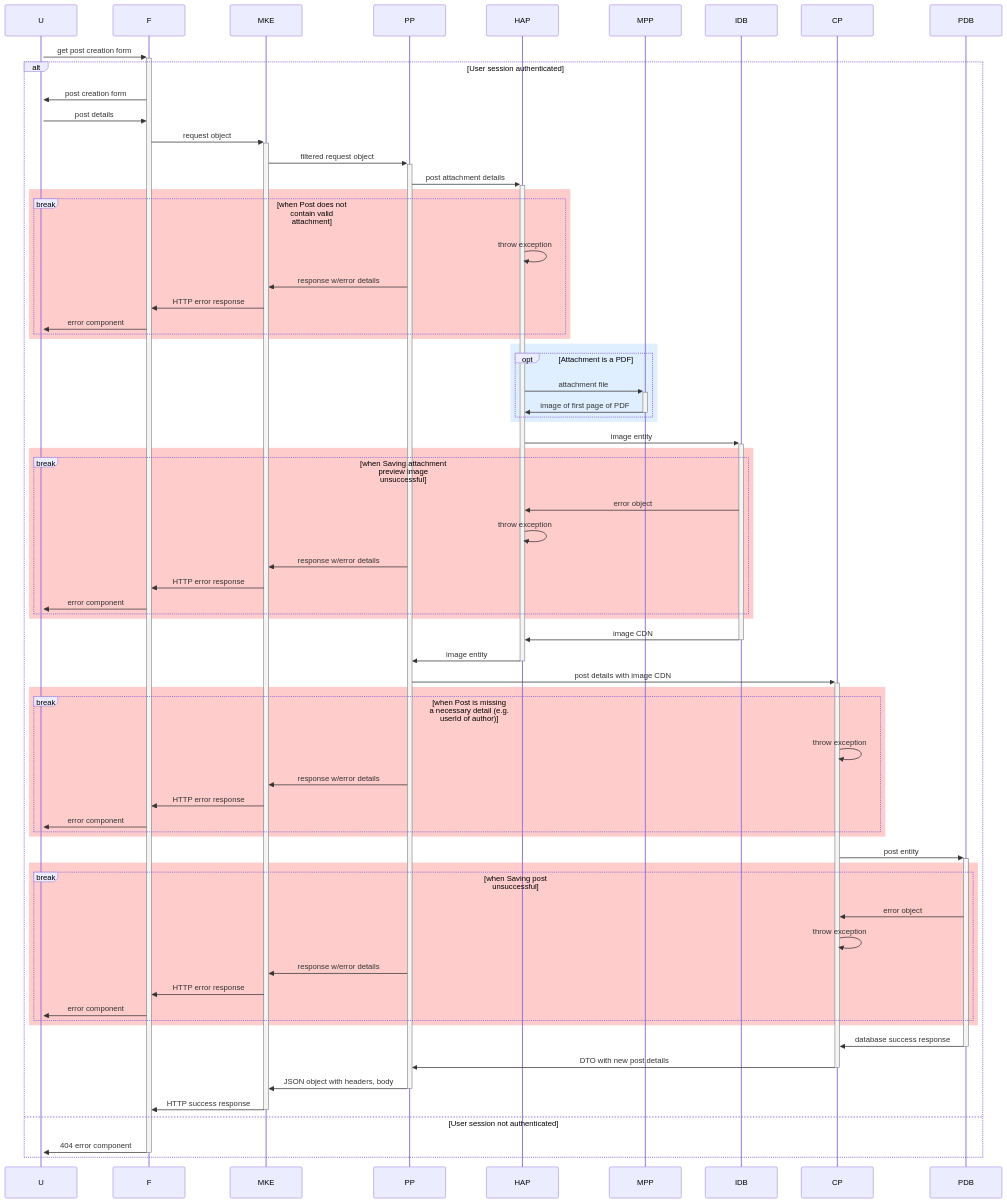
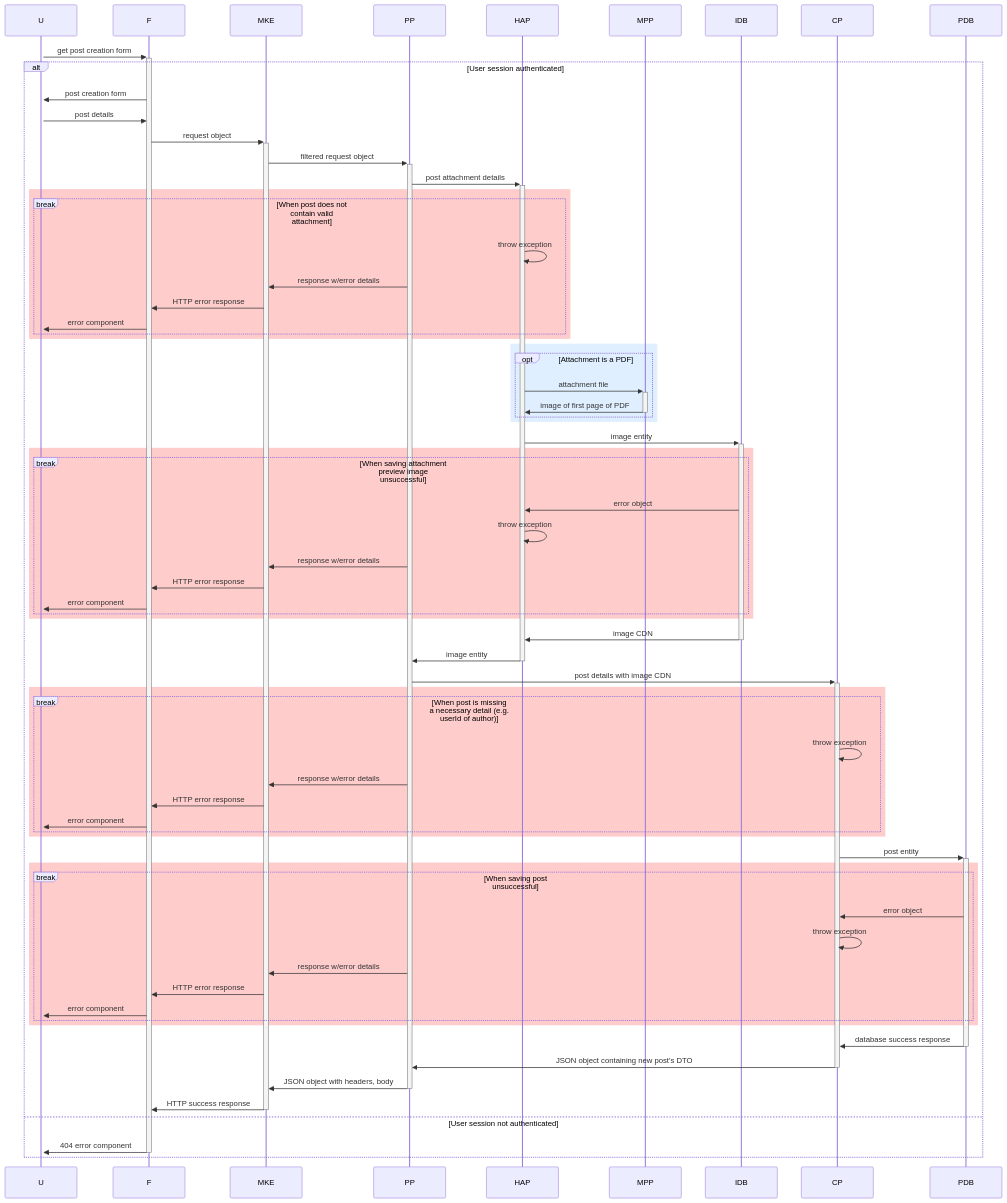
Before and after one commit to maryamkhan14/cv-circle: the second of 2 diagrams in DOCUMENTATION.md, drawn with Mermaid. The commit also changed other lines of this file, not shown here.

Commit message:
Added sequence diagram for GET /api/posts and updated POST /api/posts' documentation for increased clarity

````diff
--- a/DOCUMENTATION.md
+++ b/DOCUMENTATION.md
@@ -29,78 +71,78 @@
 ```mermaid
 sequenceDiagram
     activate U
     U->>+F: get post creation form
     alt User session authenticated
         F->>U: post creation form
         U->>F: post details
         F->>+MKE: request object
         MKE->>+PP: filtered request object
         PP->>+HAP: post attachment details
 
         rect rgba(255, 0, 0, 0.2)
-        break when Post does not contain valid attachment
+        break When post does not contain valid attachment
             HAP->>HAP: throw exception
             PP->>MKE: response w/error details
             MKE->>F: HTTP error response
             F->>U: error component
         end
         end
 
         rect rgba(191, 223, 255, 0.5)
         opt Attachment is a PDF
             HAP->>+MPP: attachment file
             MPP->>-HAP: image of first page of PDF
         end
         end
 
         HAP->>+IDB: image entity
 
         rect rgba(255, 0, 0, 0.2)
-        break when Saving attachment preview image unsuccessful
+        break When saving attachment preview image unsuccessful
             IDB->>HAP: error object
             HAP->>HAP: throw exception
             PP->>MKE: response w/error details
             MKE->>F: HTTP error response
             F->>U: error component
         end
         end
 
         IDB->>HAP: image CDN
         deactivate IDB
         HAP->>PP: image entity
         deactivate HAP
         PP->>+CP: post details with image CDN
 
         rect rgba(255, 0, 0, 0.2)
-        break when Post is missing a necessary detail (e.g. userId of author)
+        break When post is missing a necessary detail (e.g. userId of author)
             CP->>CP: throw exception
             PP->>MKE: response w/error details
             MKE->>F: HTTP error response
             F->>U: error component
         end
         end
 
         CP->>+PDB: post entity
 
         rect rgba(255, 0, 0, 0.2)
-        break when Saving post unsuccessful
+        break When saving post unsuccessful
             PDB->>CP: error object
             CP->>CP: throw exception
             PP->>MKE: response w/error details
             MKE->>F: HTTP error response
             F->>U: error component
         end
         end
 
         PDB->>CP: database success response
         deactivate PDB
-        CP->>PP: DTO with new post details
+        CP->>PP: JSON object containing new post's DTO
         deactivate CP
         PP->>-MKE: JSON object with headers, body
         MKE->>F: HTTP success response
         deactivate MKE
     else User session not authenticated
         F->>-U: 404 error component
 
     end
 ```
````
